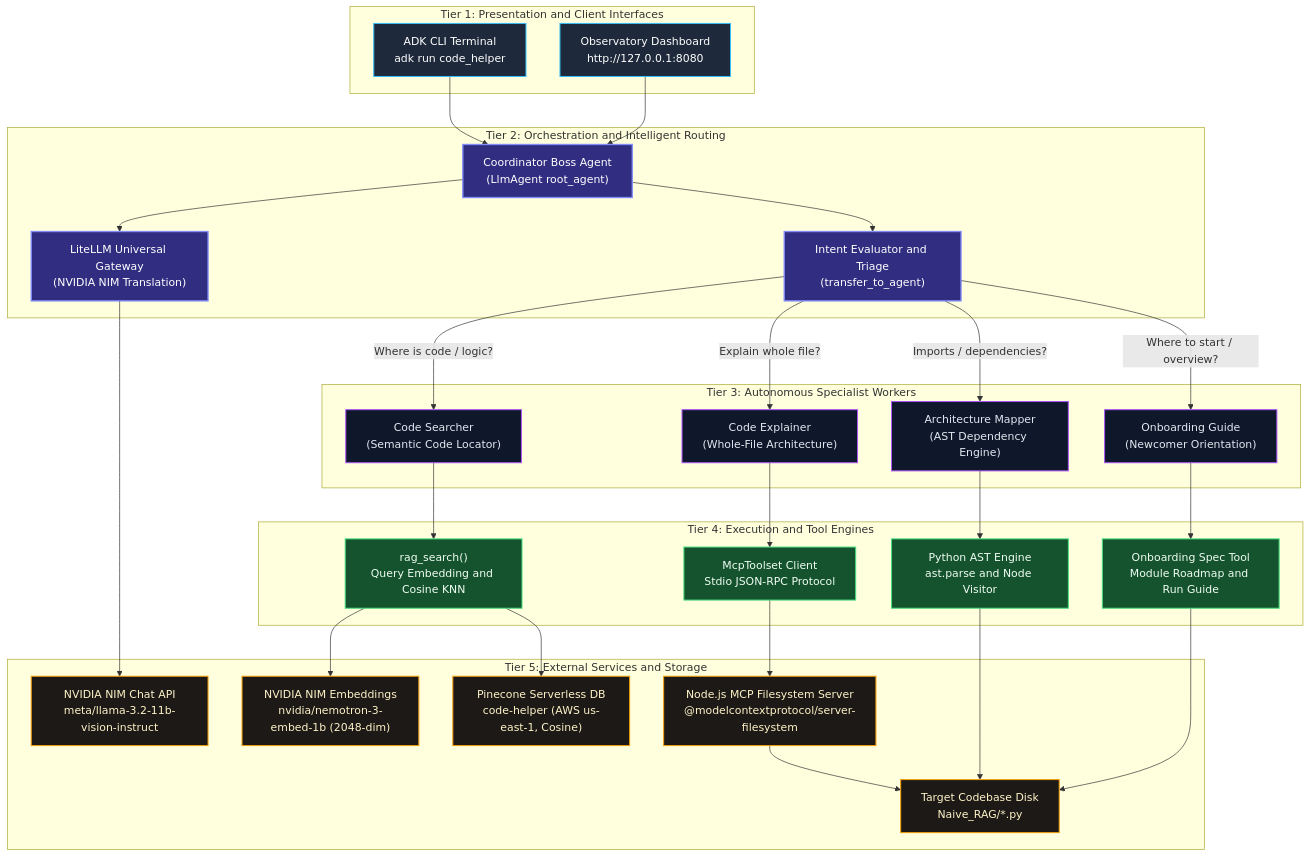
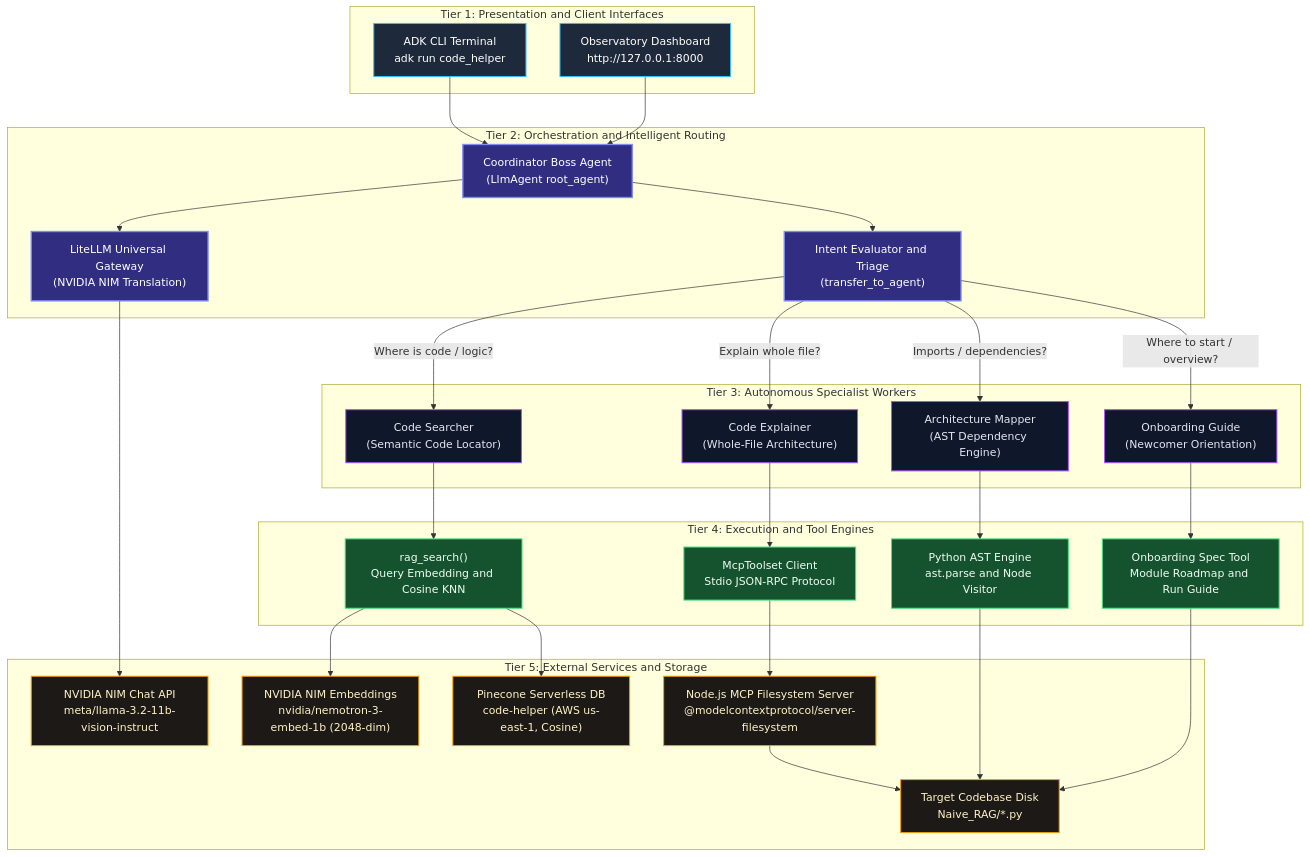
Before and after one commit to tanishka-jadhav/CODE-HELPER-: the diagram in README.md, drawn with Mermaid.

````diff
--- a/README.md
+++ b/README.md
@@ -95,77 +95,77 @@
 ```mermaid
 graph TD
     %% Tier 1: Client Interfaces
     subgraph TIER_CLIENT ["Tier 1: Presentation and Client Interfaces"]
         CLI["ADK CLI Terminal<br/>adk run code_helper"]
-        OBS["Observatory Dashboard<br/>http://127.0.0.1:8080"]
+        OBS["Observatory Dashboard<br/>http://127.0.0.1:8000"]
     end
 
     %% Tier 2: Coordinator & Gateway
     subgraph TIER_ROUTING ["Tier 2: Orchestration and Intelligent Routing"]
         BOSS["Coordinator Boss Agent<br/>(LlmAgent root_agent)"]
         LITELLM["LiteLLM Universal Gateway<br/>(NVIDIA NIM Translation)"]
         ROUTER["Intent Evaluator and Triage<br/>(transfer_to_agent)"]
     end
 
     %% Tier 3: Specialized Workers
     subgraph TIER_WORKERS ["Tier 3: Autonomous Specialist Workers"]
         W_SEARCH["Code Searcher<br/>(Semantic Code Locator)"]
         W_EXPLAIN["Code Explainer<br/>(Whole-File Architecture)"]
         W_MAPPER["Architecture Mapper<br/>(AST Dependency Engine)"]
         W_GUIDE["Onboarding Guide<br/>(Newcomer Orientation)"]
     end
 
     %% Tier 4: Tool Execution Engines
     subgraph TIER_TOOLS ["Tier 4: Execution and Tool Engines"]
         T_RAG["rag_search()<br/>Query Embedding and Cosine KNN"]
         T_MCP["McpToolset Client<br/>Stdio JSON-RPC Protocol"]
         T_AST["Python AST Engine<br/>ast.parse and Node Visitor"]
         T_GUIDE["Onboarding Spec Tool<br/>Module Roadmap and Run Guide"]
     end
 
     %% Tier 5: External Services & Storage
     subgraph TIER_INFRA ["Tier 5: External Services and Storage"]
         NVIDIA_LLM["NVIDIA NIM Chat API<br/>meta/llama-3.2-11b-vision-instruct"]
         NVIDIA_EMBED["NVIDIA NIM Embeddings<br/>nvidia/nemotron-3-embed-1b (2048-dim)"]
         PINECONE["Pinecone Serverless DB<br/>code-helper (AWS us-east-1, Cosine)"]
         MCP_SERVER["Node.js MCP Filesystem Server<br/>@modelcontextprotocol/server-filesystem"]
         TARGET_CODE["Target Codebase Disk<br/>Naive_RAG/*.py"]
     end
 
     %% Cross-Tier Connections
     CLI --> BOSS
     OBS --> BOSS
 
     BOSS --> LITELLM
     LITELLM --> NVIDIA_LLM
     BOSS --> ROUTER
 
     ROUTER -->|Where is code / logic?| W_SEARCH
     ROUTER -->|Explain whole file?| W_EXPLAIN
     ROUTER -->|Imports / dependencies?| W_MAPPER
     ROUTER -->|Where to start / overview?| W_GUIDE
 
     W_SEARCH --> T_RAG
     W_EXPLAIN --> T_MCP
     W_MAPPER --> T_AST
     W_GUIDE --> T_GUIDE
 
     T_RAG --> NVIDIA_EMBED
     T_RAG --> PINECONE
     T_MCP --> MCP_SERVER
     MCP_SERVER --> TARGET_CODE
     T_AST --> TARGET_CODE
     T_GUIDE --> TARGET_CODE
 
     classDef client fill:#1E293B,stroke:#38BDF8,stroke-width:1.5px,color:#FFFFFF;
     classDef boss fill:#312E81,stroke:#818CF8,stroke-width:2px,color:#FFFFFF;
     classDef worker fill:#0F172A,stroke:#A855F7,stroke-width:1.5px,color:#E2E8F0;
     classDef tool fill:#14532D,stroke:#4ADE80,stroke-width:1.5px,color:#F0FDF4;
     classDef infra fill:#1C1917,stroke:#F59E0B,stroke-width:1.5px,color:#FEF3C7;
 
     class CLI,OBS client;
     class BOSS,LITELLM,ROUTER boss;
     class W_SEARCH,W_EXPLAIN,W_MAPPER,W_GUIDE worker;
     class T_RAG,T_MCP,T_AST,T_GUIDE tool;
     class NVIDIA_LLM,NVIDIA_EMBED,PINECONE,MCP_SERVER,TARGET_CODE infra;
 ```
````
